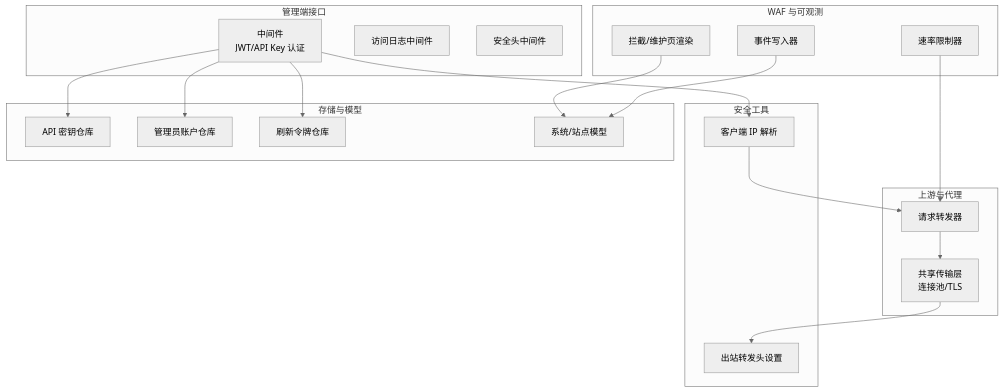
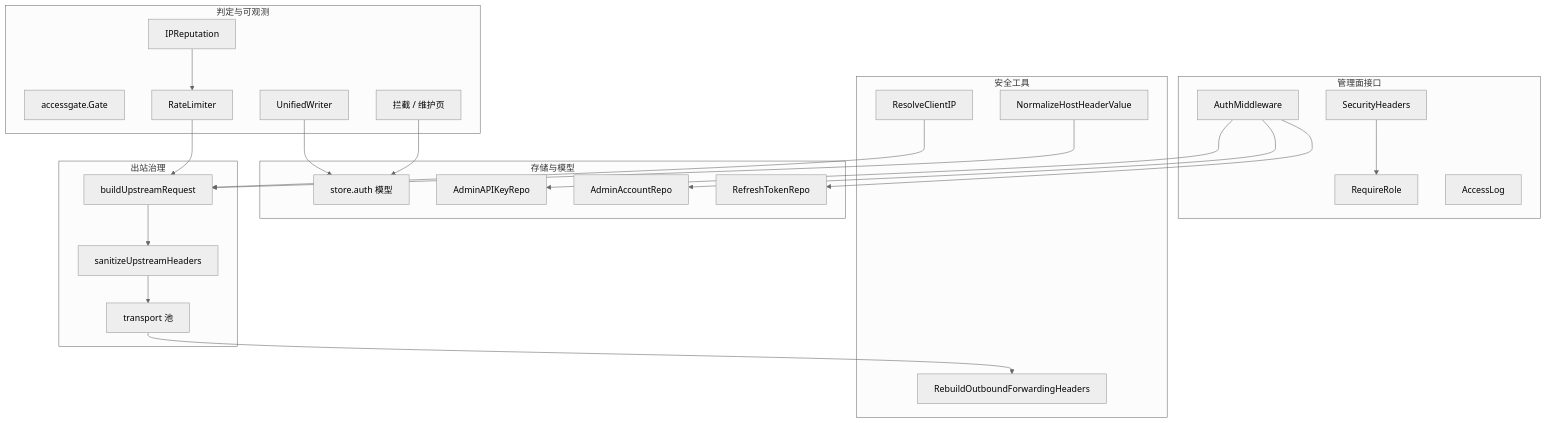
The first of 6 diagrams in docs/安全机制/安全机制.md (x01n/My-OpenWaf), drawn with Mermaid (neutral theme) before and after one commit. The commit also changed other lines of this file and 622 other files, not shown here.

````diff
--- a/docs/安全机制/安全机制.md
+++ b/docs/安全机制/安全机制.md
@@ -69,37 +110,45 @@
 ```mermaid
 graph TB
-subgraph "管理端接口"
-MW["中间件<br/>JWT/API Key 认证"]
-AL["访问日志中间件"]
-SH["安全头中间件"]
+subgraph "管理面接口"
+MW["AuthMiddleware"]
+RR["RequireRole"]
+AL["AccessLog"]
+SH["SecurityHeaders"]
 end
 subgraph "安全工具"
-CI["客户端 IP 解析"]
-OF["出站转发头设置"]
+CI["ResolveClientIP"]
+OF["RebuildOutboundForwardingHeaders"]
+NH["NormalizeHostHeaderValue"]
 end
-subgraph "上游与代理"
-TR["共享传输层<br/>连接池/TLS"]
-PR["请求转发器"]
+subgraph "出站治理"
+PR["buildUpstreamRequest"]
+GU["sanitizeUpstreamHeaders"]
+TR["transport 池"]
 end
 subgraph "存储与模型"
-AK["API 密钥仓库"]
-AC["管理员账户仓库"]
-RT["刷新令牌仓库"]
-MD["系统/站点模型"]
+AK["AdminAPIKeyRepo"]
+AC["AdminAccountRepo"]
+RT["RefreshTokenRepo"]
+MD["store.auth 模型"]
 end
-subgraph "WAF 与可观测"
-RL["速率限制器"]
-EW["事件写入器"]
-BL["拦截/维护页渲染"]
+subgraph "判定与可观测"
+IPR["IPReputation"]
+AG["accessgate.Gate"]
+RL["RateLimiter"]
+EW["UnifiedWriter"]
+BL["拦截 / 维护页"]
 end
 MW --> AK
 MW --> AC
 MW --> RT
-MW --> CI
+SH --> RR
 CI --> PR
-PR --> TR
+PR --> GU
+GU --> TR
 TR --> OF
+IPR --> RL
 RL --> PR
+NH --> PR
 EW --> MD
 BL --> MD
 ```
````
